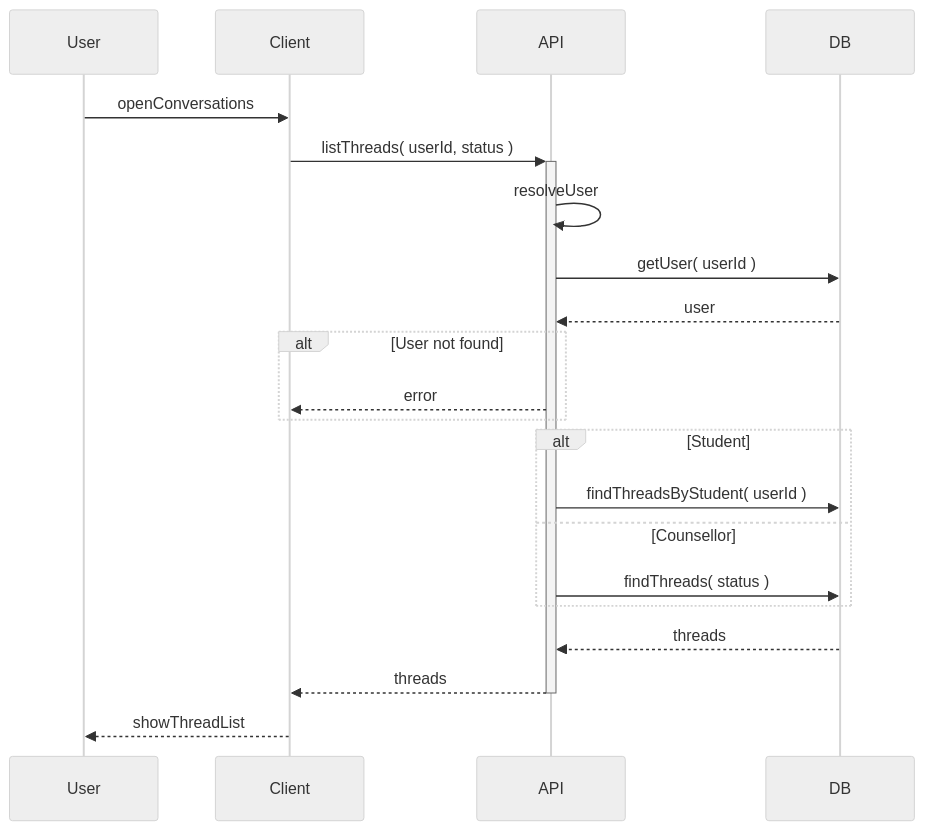
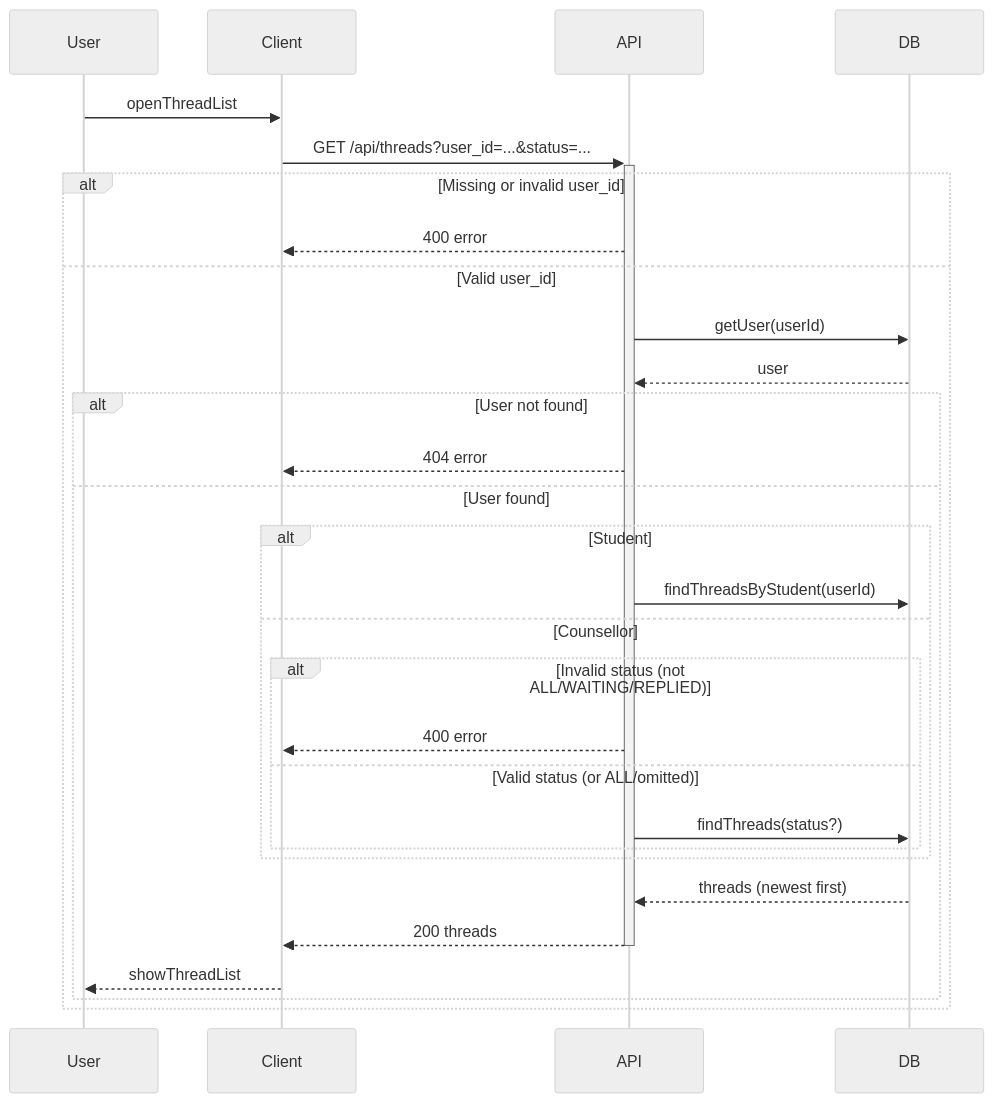
The diagram in docs/sequence-list-threads.md (sandyleedev/student-mental-support-app), drawn with Mermaid (neutral theme) before and after one commit. The commit also changed other lines of this file, not shown here.

Commit message:
[BUS-31] docs: update list threads sequence diagram

````diff
--- a/docs/sequence-list-threads.md
+++ b/docs/sequence-list-threads.md
@@ -5,24 +5,35 @@
 ```mermaid
 sequenceDiagram
     participant User
     participant Client
     participant API
     participant DB
 
-    User->>Client: openConversations
-    Client->>+API: listThreads( userId, status )
-    API->>API: resolveUser
-    API->>DB: getUser( userId )
-    DB-->>API: user
-    alt User not found
-        API-->>Client: error
+    User->>Client: openThreadList
+    Client->>+API: GET /api/threads?user_id=...&status=...
+
+    alt Missing or invalid user_id
+        API-->>Client: 400 error
+    else Valid user_id
+        API->>DB: getUser(userId)
+        DB-->>API: user
+
+        alt User not found
+            API-->>Client: 404 error
+        else User found
+            alt Student
+                API->>DB: findThreadsByStudent(userId)
+            else Counsellor
+                alt Invalid status (not ALL/WAITING/REPLIED)
+                    API-->>Client: 400 error
+                else Valid status (or ALL/omitted)
+                    API->>DB: findThreads(status?)
+                end
+            end
+
+            DB-->>API: threads (newest first)
+            API-->>-Client: 200 threads
+            Client-->>User: showThreadList
+        end
     end
-    alt Student
-        API->>DB: findThreadsByStudent( userId )
-    else Counsellor
-        API->>DB: findThreads( status )
-    end
-    DB-->>API: threads
-    API-->>-Client: threads
-    Client-->>User: showThreadList
 ```
````
